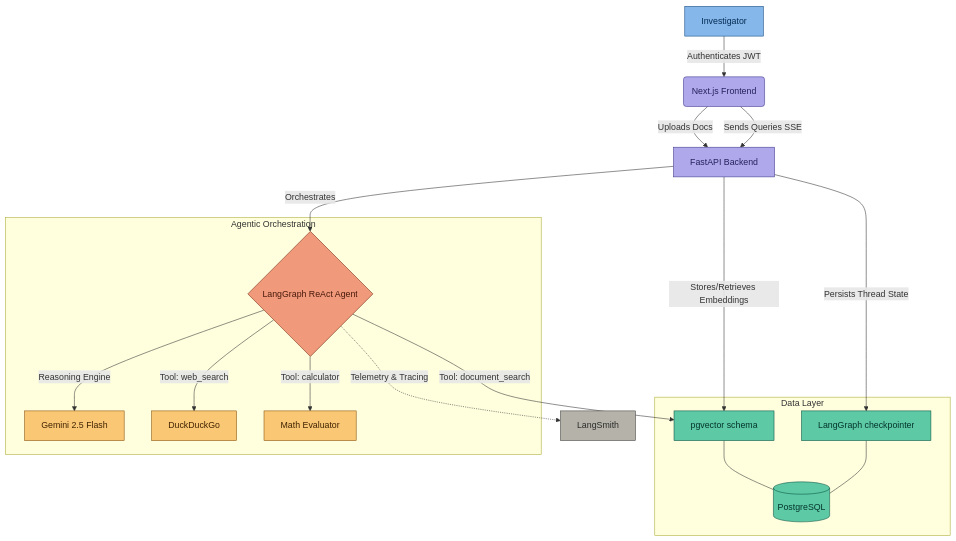
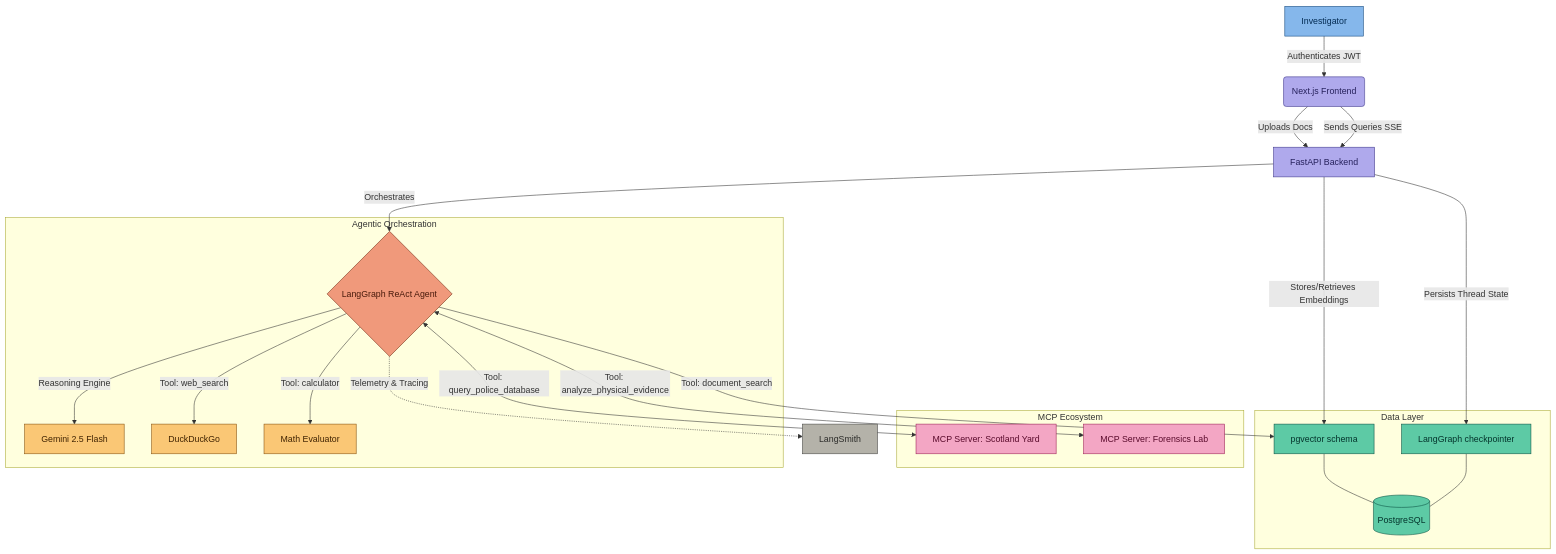
One commit to RAJ-ARYAN-NITK/bakerStreet221B.ai changed the second of 2 diagrams in README.md. Above: the diagram before and after it, drawn with Mermaid. The commit also changed other lines of this file and 16 other files, not shown here.

Commit message:
integrate MCP server for police database and forensics evidence analysis into agent tools

````diff
--- a/README.md
+++ b/README.md
@@ -71,41 +73,50 @@
 ```mermaid
 graph TD
     A[Investigator] -->|Authenticates JWT| B(Next.js Frontend)
     B -->|Uploads Docs| C[FastAPI Backend]
     B -->|Sends Queries SSE| C
 
     subgraph Data Layer
         D[(PostgreSQL)]
         D1[pgvector schema] --- D
         D2[LangGraph checkpointer] --- D
     end
 
     C -->|Stores/Retrieves Embeddings| D1
     C -->|Persists Thread State| D2
 
+    subgraph MCP Ecosystem
+        J[MCP Server: Scotland Yard]
+        K[MCP Server: Forensics Lab]
+    end
+
     subgraph Agentic Orchestration
         E{LangGraph ReAct Agent}
         E -->|Reasoning Engine| F[Gemini 2.5 Flash]
         E -->|Tool: web_search| G[DuckDuckGo]
         E -->|Tool: document_search| D1
         E -->|Tool: calculator| H[Math Evaluator]
+        E <-->|Tool: query_police_database| J
+        E <-->|Tool: analyze_physical_evidence| K
     end
 
     C -->|Orchestrates| E
     E -.->|Telemetry & Tracing| I[LangSmith]
 
     classDef userStyle fill:#85B7EB,stroke:#0C447C,color:#042C53
     classDef appStyle fill:#AFA9EC,stroke:#3C3489,color:#26215C
     classDef dataStyle fill:#5DCAA5,stroke:#085041,color:#04342C
     classDef agentStyle fill:#F0997B,stroke:#712B13,color:#4A1B0C
     classDef toolStyle fill:#FAC775,stroke:#854F0B,color:#412402
     classDef obsStyle fill:#B4B2A9,stroke:#444441,color:#2C2C2A
+    classDef mcpStyle fill:#F3A6C4,stroke:#9C1E55,color:#5A0B2C
 
     class A userStyle
     class B appStyle
     class C appStyle
     class D,D1,D2 dataStyle
     class E agentStyle
     class F,G,H toolStyle
     class I obsStyle
+    class J,K mcpStyle
 ```
````
